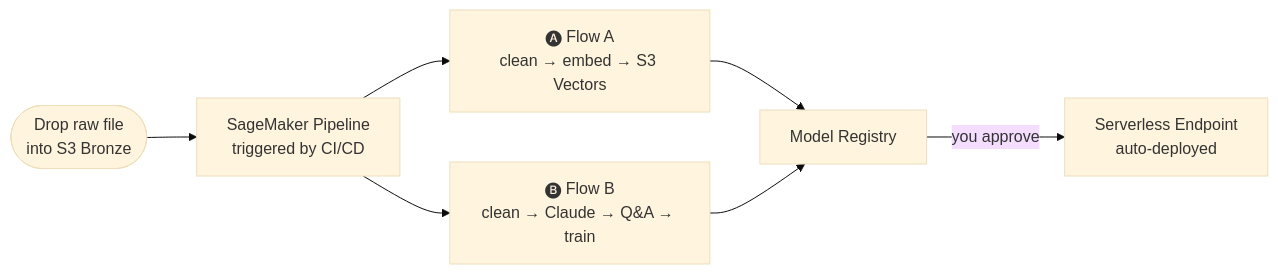
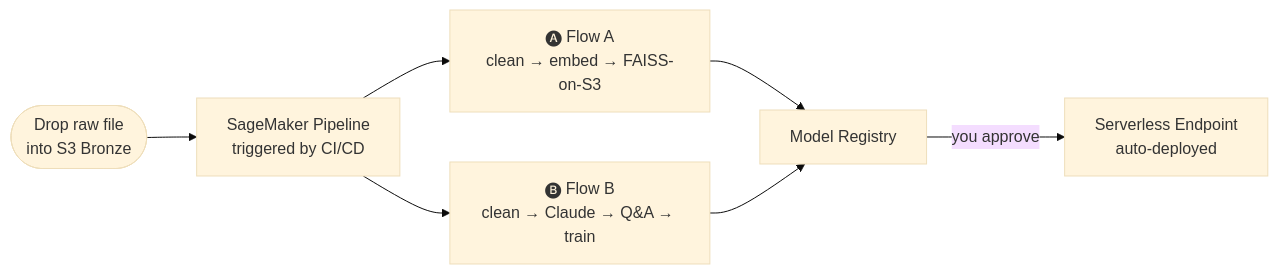
One commit to ashishv-82/sagemaker-project-chitrakatha changed the second of 2 diagrams in README.md. Above: the diagram before and after it, drawn with Mermaid (base theme). The commit also changed other lines of this file and 3 other files, not shown here.

````diff
--- a/README.md
+++ b/README.md
@@ -69,8 +69,8 @@
 ```mermaid
 flowchart LR
     S(["Drop raw file<br/>into S3 Bronze"]) --> P["SageMaker Pipeline<br/>triggered by CI/CD"]
-    P --> FA["🅐 Flow A<br/>clean → embed → S3 Vectors"]
+    P --> FA["🅐 Flow A<br/>clean → embed → FAISS-on-S3"]
     P --> FB["🅑 Flow B<br/>clean → Claude → Q&A → train"]
     FA & FB --> M[Model Registry]
     M -->|you approve| D["Serverless Endpoint<br/>auto-deployed"]
 ```
````
